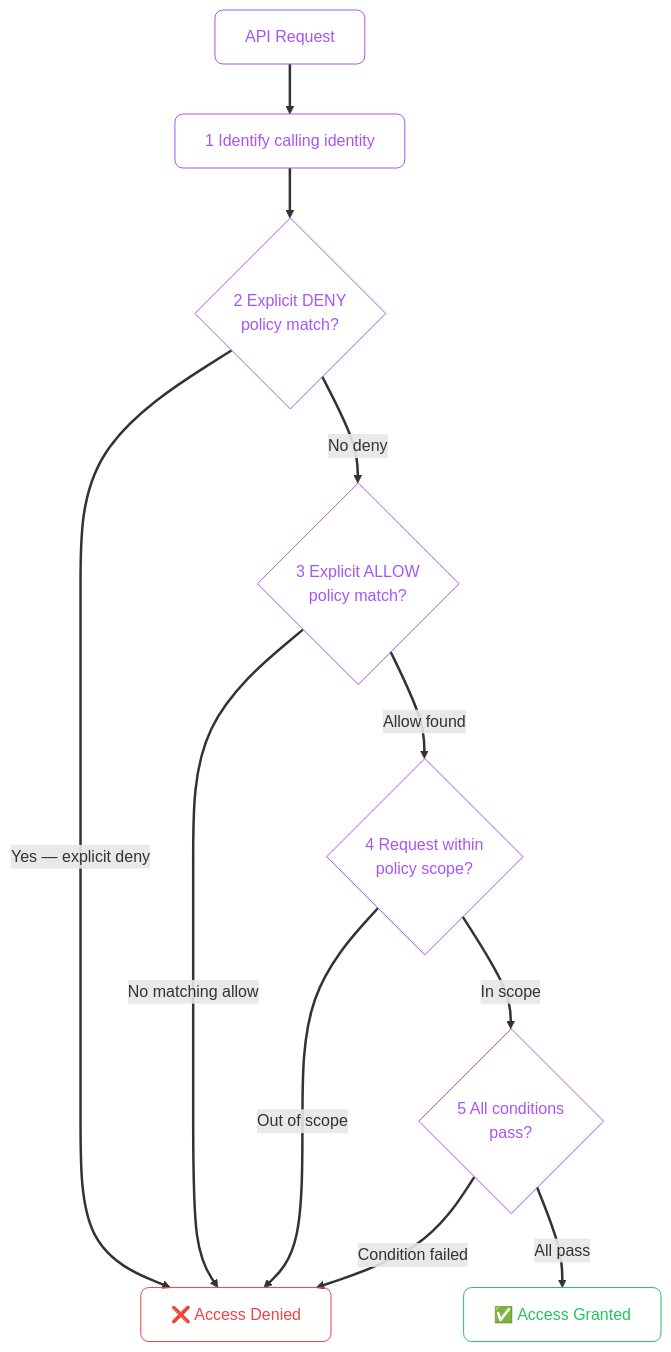
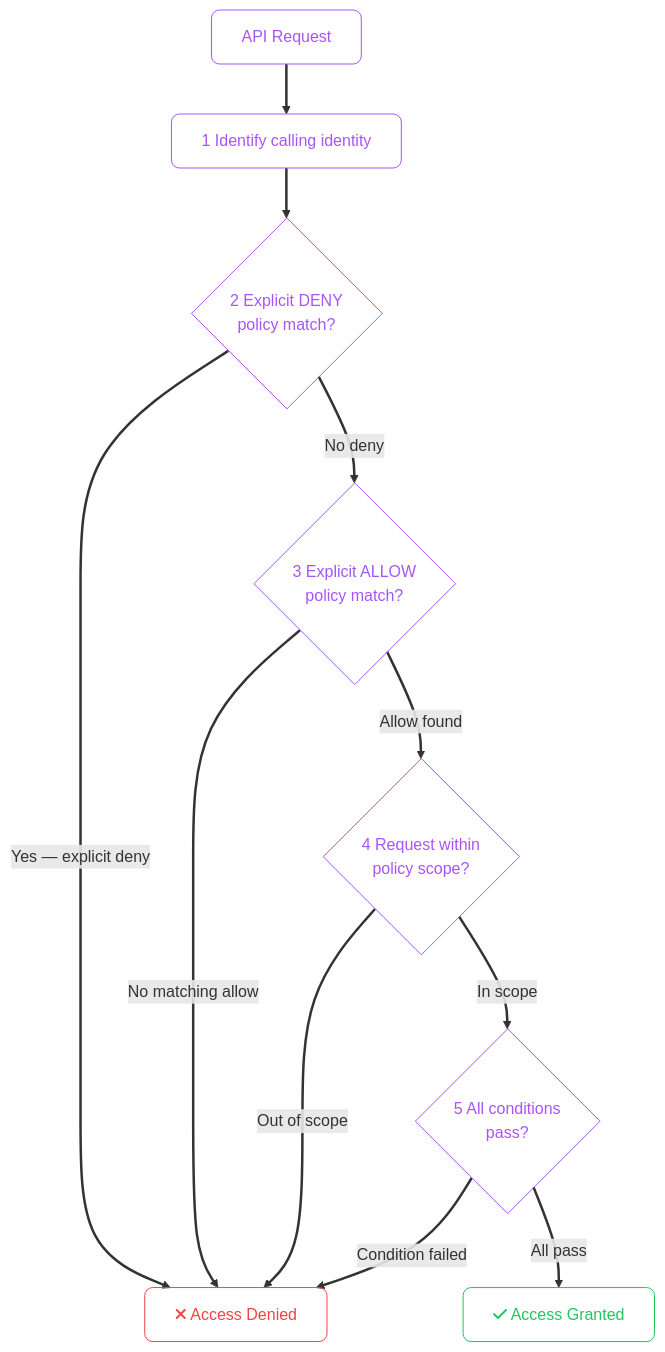
One commit to zafarale/cloudification changed the fourth of 6 diagrams in src/content/cloud/common/iam-concepts.mdx. Above: the diagram before and after it, drawn with Mermaid. The commit also changed other lines of this file and 84 other files, not shown here.

````diff
--- a/src/content/cloud/common/iam-concepts.mdx
+++ b/src/content/cloud/common/iam-concepts.mdx
@@ -190,27 +199,29 @@
 ```mermaid
 flowchart TD
+    accTitle: Access Evaluation — How Cloud IAM Decides
+    accDescr: Flowchart (td) showing API Request, 1 Identify calling identity, 2 Explicit DENY policy match
     classDef step fill:none,stroke:#a855f7,color:#a855f7,rx:8,ry:8
     classDef ok   fill:none,stroke:#22c55e,color:#22c55e,rx:8,ry:8
     classDef fail fill:none,stroke:#ef4444,color:#ef4444,rx:8,ry:8
     classDef dec  fill:none,stroke:#a855f7,color:#a855f7
     linkStyle default stroke-width:2.5px
 
     Req["API Request"]:::step
     Identity["1 Identify calling identity"]:::step
     Deny{"2 Explicit DENY<br/>policy match?"}:::dec
     Allow{"3 Explicit ALLOW<br/>policy match?"}:::dec
     Scope{"4 Request within<br/>policy scope?"}:::dec
     Conditions{"5 All conditions<br/>pass?"}:::dec
-    Granted["✅ Access Granted"]:::ok
-    Denied["❌ Access Denied"]:::fail
+    Granted["fa:fa-check Access Granted"]:::ok
+    Denied["fa:fa-xmark Access Denied"]:::fail
 
     Req --> Identity --> Deny
     Deny -->|"Yes — explicit deny"| Denied
     Deny -->|"No deny"| Allow
     Allow -->|"No matching allow"| Denied
     Allow -->|"Allow found"| Scope
     Scope -->|"Out of scope"| Denied
     Scope -->|"In scope"| Conditions
     Conditions -->|"Condition failed"| Denied
     Conditions -->|"All pass"| Granted
 ```
````
